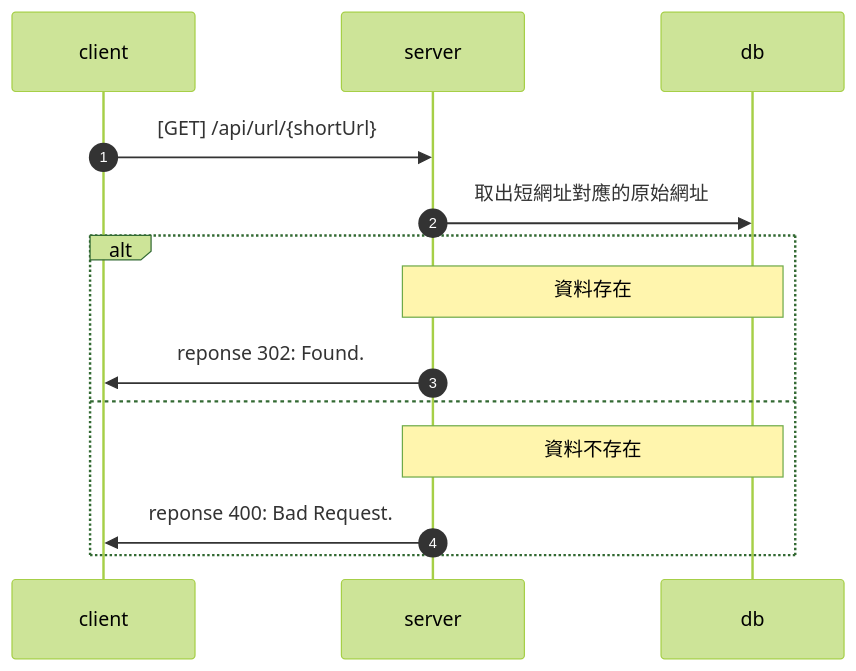
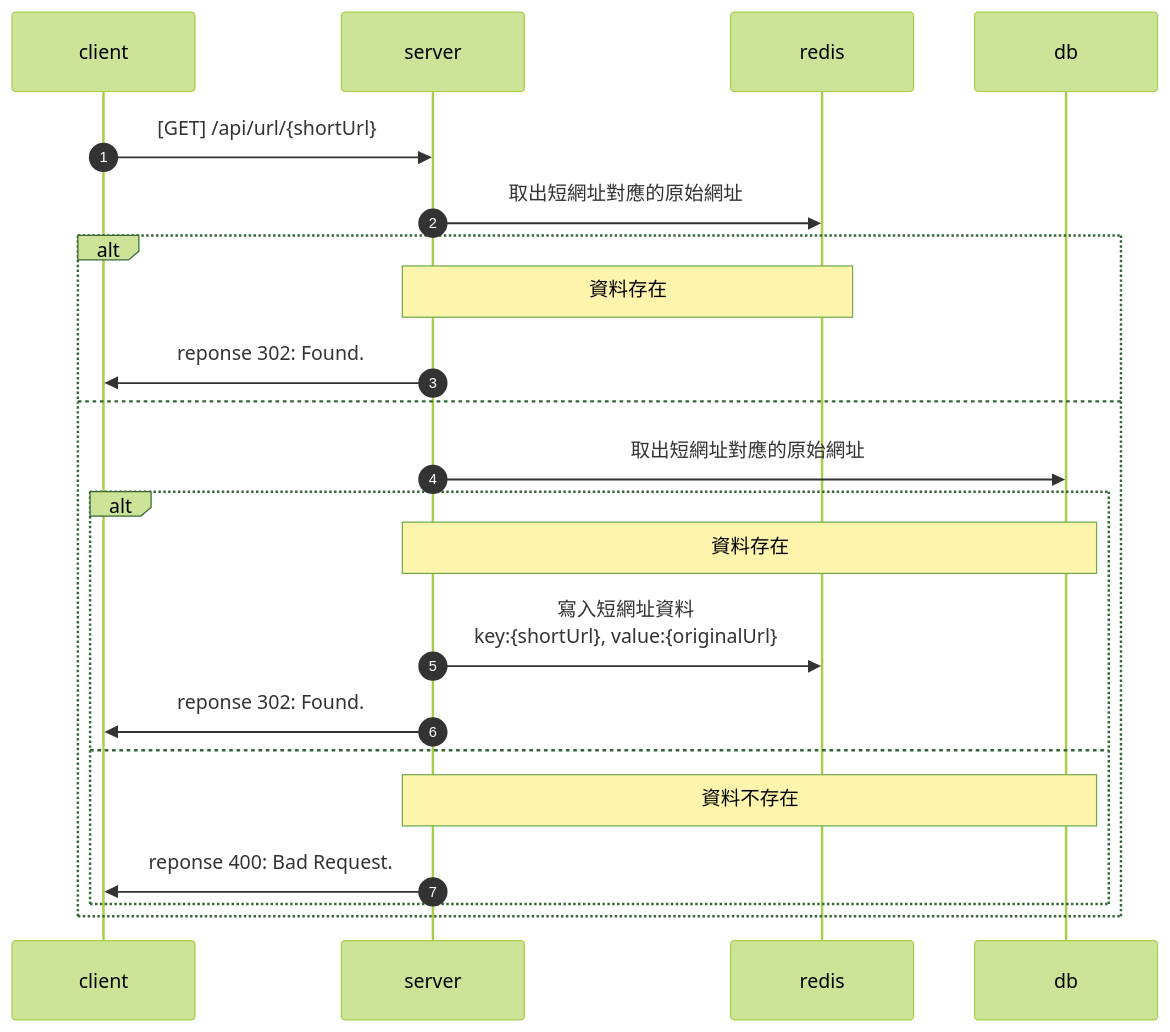
One commit to yanzzzzzzzzz/short_url_backend changed the third of 3 diagrams in docs/api/short_url_api.md. Above: the diagram before and after it, drawn with Mermaid (forest theme).

Commit message:
Update get short url flow

````diff
--- a/docs/api/short_url_api.md
+++ b/docs/api/short_url_api.md
@@ -108,17 +108,25 @@
 ```mermaid
 sequenceDiagram
     participant client
     participant server
+    participant redis
     participant db
     
     autonumber 1
     client ->> server: [GET] /api/url/{shortUrl}
-    server ->> db: 取出短網址對應的原始網址
+    server ->> redis: 取出短網址對應的原始網址
     alt
-        Note over server, db: 資料存在
+        Note over server, redis: 資料存在
         server ->> client: reponse 302: Found.
     else
-        Note over server, db: 資料不存在
-        server ->> client: reponse 400: Bad Request.
+        server ->> db: 取出短網址對應的原始網址
+        alt
+            Note over server, db: 資料存在
+            server ->> redis: 寫入短網址資料<br>key:{shortUrl}, value:{originalUrl}
+            server ->> client: reponse 302: Found.
+        else 
+            Note over server, db: 資料不存在
+            server ->> client: reponse 400: Bad Request.
+        end
     end
 ```
````
